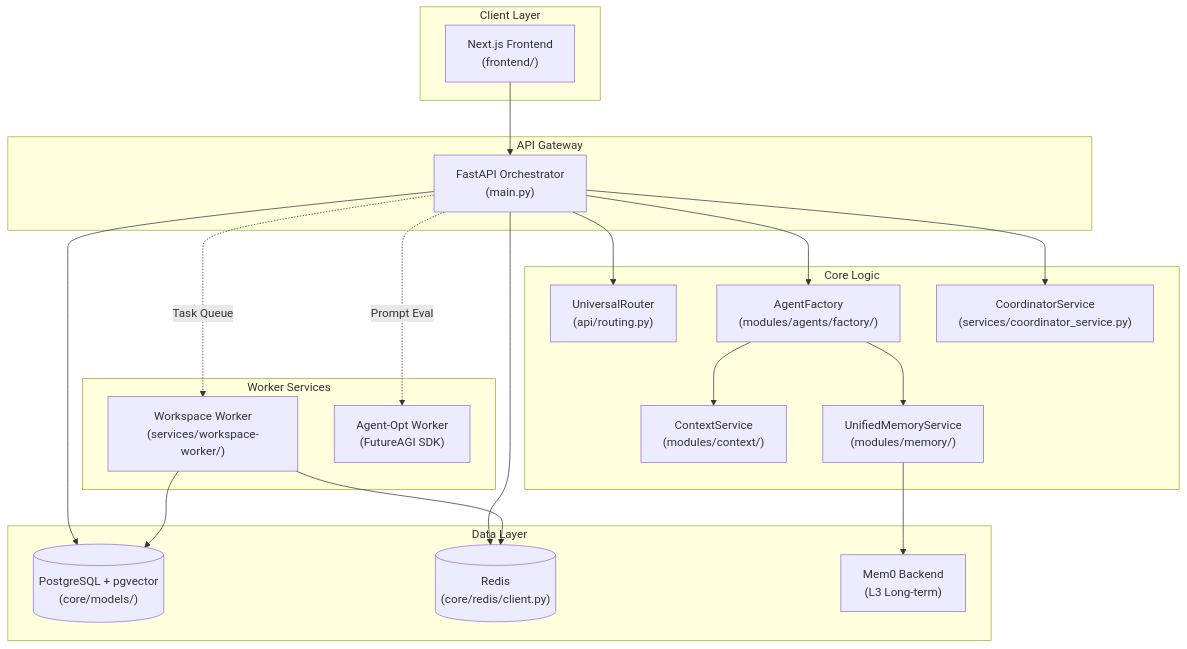
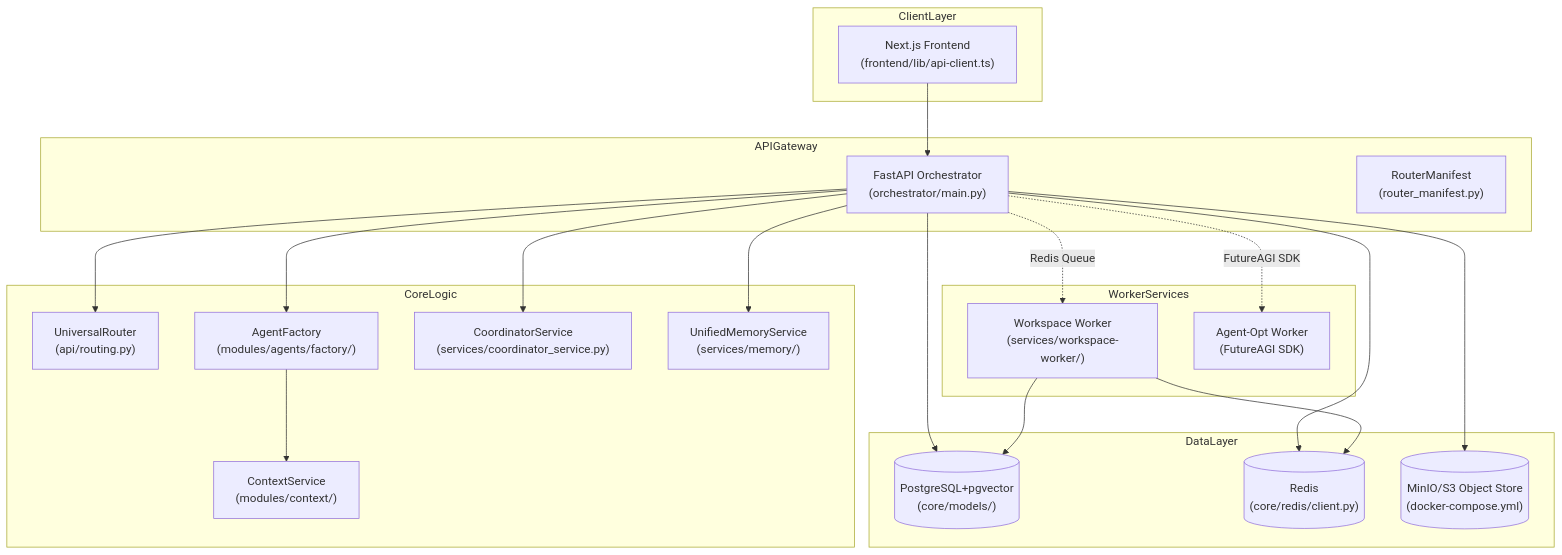
One commit to AutomatosAI/automatos-ai changed the first of 3 diagrams in docs/overview/system-architecture.md. Above: the diagram before and after it, drawn with Mermaid. The commit also changed other lines of this file and 191 other files, not shown here.

````diff
--- a/docs/overview/system-architecture.md
+++ b/docs/overview/system-architecture.md
@@ -49,46 +51,47 @@
 ```mermaid
 graph TB
-    subgraph "Client Layer"
-        Browser["Next.js Frontend<br/>(frontend/)"]
+    subgraph "ClientLayer"
+        Browser["Next.js Frontend<br/>(frontend/lib/api-client.ts)"]
     end
     
-    subgraph "API Gateway"
-        FastAPI["FastAPI Orchestrator<br/>(main.py)"]
+    subgraph "APIGateway"
+        FastAPI["FastAPI Orchestrator<br/>(orchestrator/main.py)"]
+        RouterManifest["RouterManifest<br/>(router_manifest.py)"]
     end
     
-    subgraph "Core Logic"
+    subgraph "CoreLogic"
         Router["UniversalRouter<br/>(api/routing.py)"]
         AgentFactory["AgentFactory<br/>(modules/agents/factory/)"]
         Coordinator["CoordinatorService<br/>(services/coordinator_service.py)"]
         ContextSvc["ContextService<br/>(modules/context/)"]
-        MemorySvc["UnifiedMemoryService<br/>(modules/memory/)"]
+        UnifiedMemory["UnifiedMemoryService<br/>(services/memory/)"]
     end
     
-    subgraph "Data Layer"
-        Postgres[("PostgreSQL + pgvector<br/>(core/models/)")]
+    subgraph "DataLayer"
+        Postgres[("PostgreSQL+pgvector<br/>(core/models/)")]
         Redis[("Redis<br/>(core/redis/client.py)")]
-        Mem0["Mem0 Backend<br/>(L3 Long-term)"]
+        MinIO[("MinIO/S3 Object Store<br/>(docker-compose.yml)")]
     end
     
-    subgraph "Worker Services"
+    subgraph "WorkerServices"
         WorkspaceWorker["Workspace Worker<br/>(services/workspace-worker/)"]
         AgentOpt["Agent-Opt Worker<br/>(FutureAGI SDK)"]
     end
     
     Browser --> FastAPI
     FastAPI --> Router
     FastAPI --> Coordinator
     FastAPI --> AgentFactory
+    FastAPI --> UnifiedMemory
     AgentFactory --> ContextSvc
-    AgentFactory --> MemorySvc
     
     FastAPI --> Postgres
     FastAPI --> Redis
-    MemorySvc --> Mem0
+    FastAPI --> MinIO
     
-    FastAPI -.->|"Task Queue"| WorkspaceWorker
-    FastAPI -.->|"Prompt Eval"| AgentOpt
+    FastAPI -.->|"Redis Queue"| WorkspaceWorker
+    FastAPI -.->|"FutureAGI SDK"| AgentOpt
     
     WorkspaceWorker --> Postgres
     WorkspaceWorker --> Redis
 ```
````
